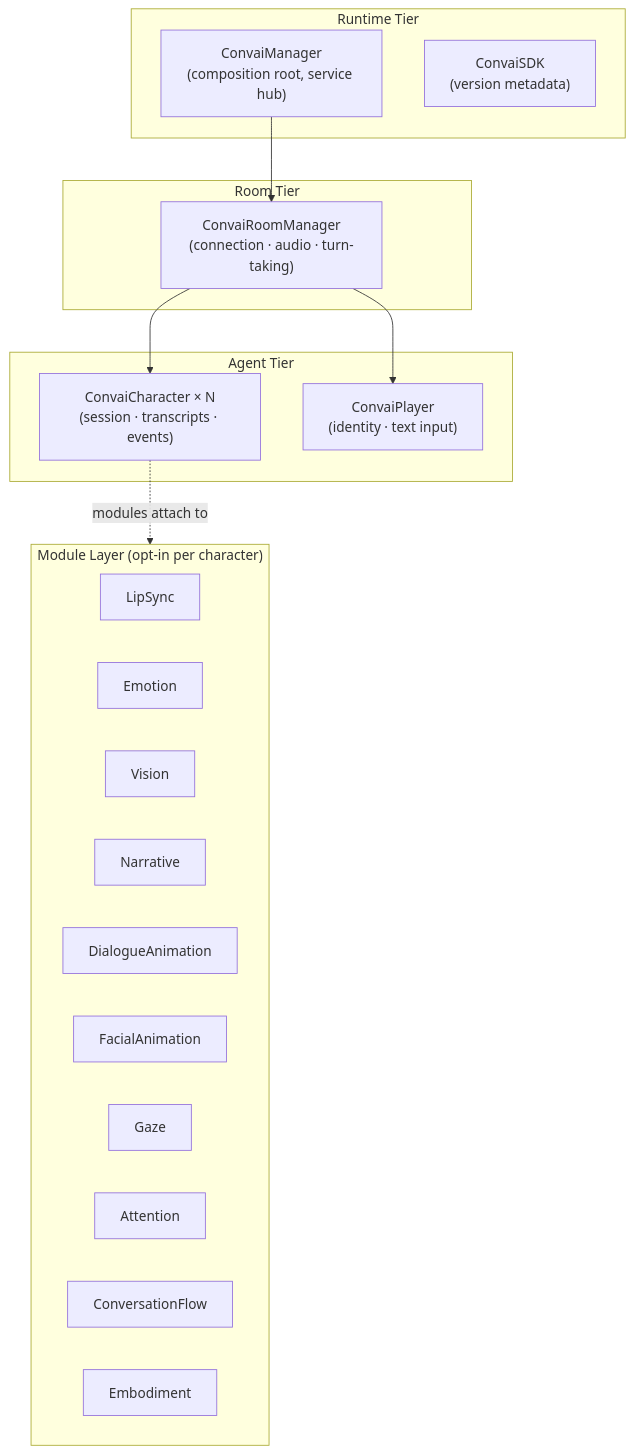
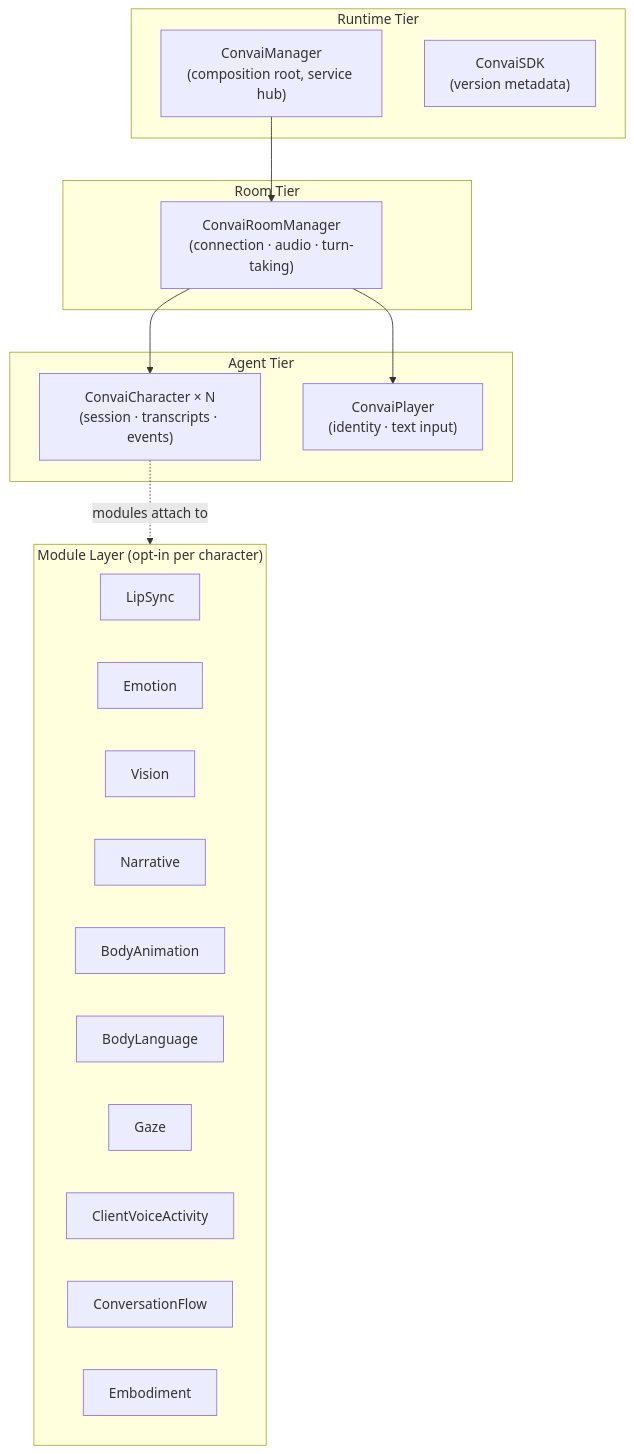
One commit to Conv-AI/Convai-Documentation changed the diagram in plugins-and-integrations/convai-unity-sdk/overview/convai-unity-sdk-architecture.md. Above: the diagram before and after it, drawn with Mermaid. The commit also changed other lines of this file and 48 other files, not shown here.

````diff
--- a/plugins-and-integrations/convai-unity-sdk/overview/convai-unity-sdk-architecture.md
+++ b/plugins-and-integrations/convai-unity-sdk/overview/convai-unity-sdk-architecture.md
@@ -13,35 +13,35 @@
 ```mermaid
 graph TD
     subgraph RT["Runtime Tier"]
         CM["ConvaiManager\n(composition root, service hub)"]
         CS["ConvaiSDK\n(version metadata)"]
     end
 
     subgraph RM_TIER["Room Tier"]
         RM["ConvaiRoomManager\n(connection · audio · turn-taking)"]
     end
 
     subgraph AG["Agent Tier"]
         CC["ConvaiCharacter × N\n(session · transcripts · events)"]
         CP["ConvaiPlayer\n(identity · text input)"]
     end
 
     subgraph ML["Module Layer (opt-in per character)"]
         direction LR
         LS[LipSync]
         EM[Emotion]
         VI[Vision]
         NA[Narrative]
-        DA[DialogueAnimation]
-        FA[FacialAnimation]
+        BA[BodyAnimation]
+        BL[BodyLanguage]
         GA[Gaze]
-        AT[Attention]
+        VA[ClientVoiceActivity]
         CF[ConversationFlow]
         EB[Embodiment]
     end
 
     CM --> RM
     RM --> CC
     RM --> CP
     CC -.->|modules attach to| ML
 ```
````
